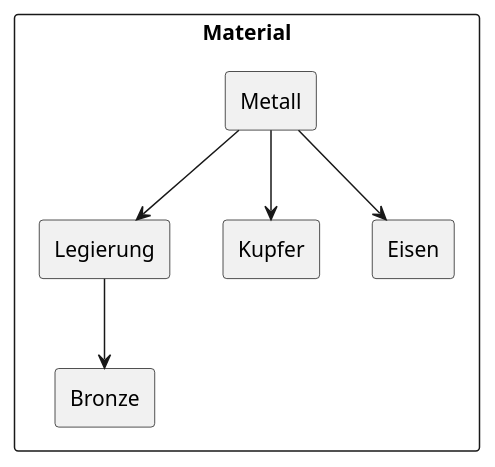
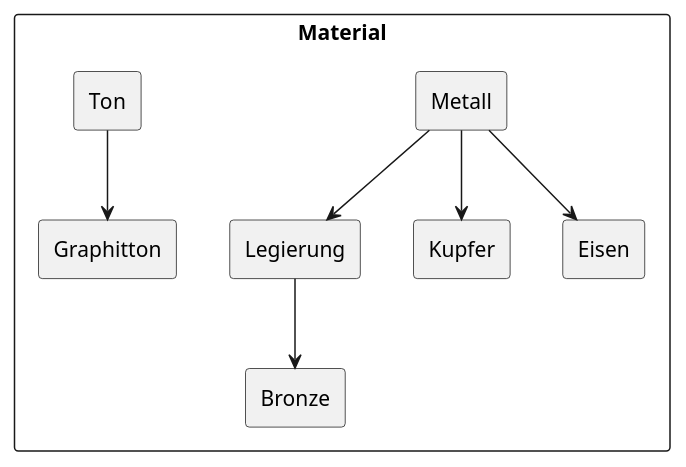
One commit to robertgruening/munins-archiv changed the second of 3 diagrams in doc/Benutzerhandbuch.md. Above: the diagram before and after it, drawn with PlantUML. The commit also changed other lines of this file and 5 other files, not shown here.

```diff
--- a/doc/Benutzerhandbuch.md
+++ b/doc/Benutzerhandbuch.md
@@ -128,13 +132,16 @@
 @startuml
 rectangle **Material** {
     rectangle Metall
     rectangle Legierung
     rectangle Bronze
     rectangle Kupfer
     rectangle Eisen
+    rectangle Ton
+    rectangle Graphitton
     Metall --> Legierung
     Metall --> Kupfer
     Metall --> Eisen
     Legierung --> Bronze
+    Ton --> Graphitton
 }
 @enduml
```
